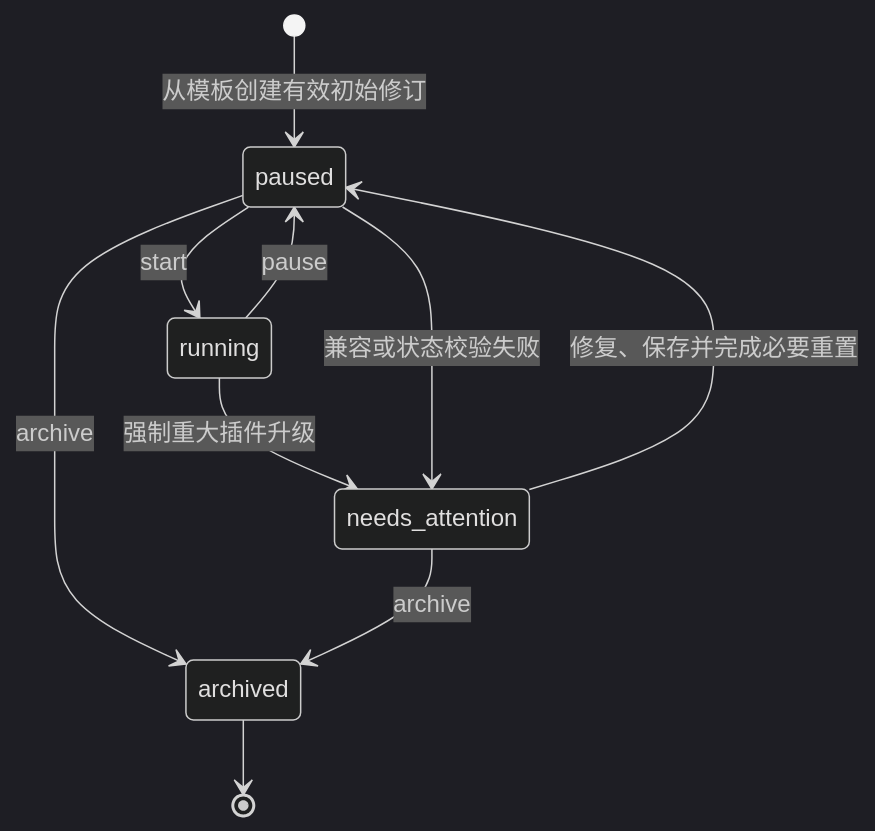
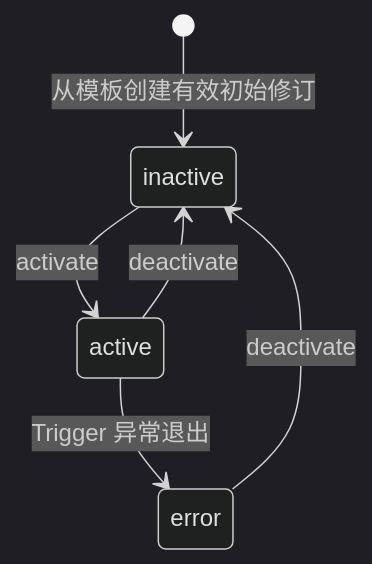
One commit to CoderLTS/coinsphere-go changed the second of 5 diagrams in docs/architecture/workflow-platform-v2.md. Above: the diagram before and after it, drawn with Mermaid (dark theme). The commit also changed other lines of this file and 54 other files, not shown here.

````diff
--- a/docs/architecture/workflow-platform-v2.md
+++ b/docs/architecture/workflow-platform-v2.md
@@ -127,12 +128,8 @@
 ```mermaid
 stateDiagram-v2
-    [*] --> paused: 从模板创建有效初始修订
-    paused --> running: start
-    running --> paused: pause
-    running --> needs_attention: 强制重大插件升级
-    paused --> needs_attention: 兼容或状态校验失败
-    needs_attention --> paused: 修复、保存并完成必要重置
-    paused --> archived: archive
-    needs_attention --> archived: archive
-    archived --> [*]
+    [*] --> inactive: 从模板创建有效初始修订
+    inactive --> active: activate
+    active --> inactive: deactivate
+    active --> error: Trigger 异常退出
+    error --> inactive: deactivate
 ```
````
